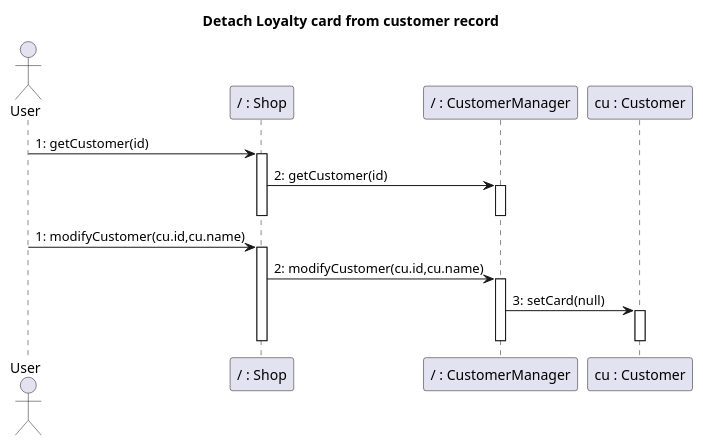
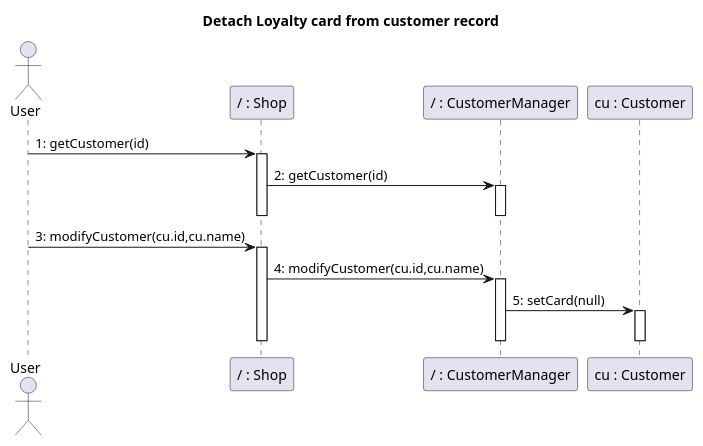
One commit to nicolabattaglino/ezshop changed diagram 16 of 30 in Deliverables/DesignDocument.md. Above: the diagram before and after it, drawn with PlantUML. The commit also changed other lines of this file, not shown here.

````diff
--- a/Deliverables/DesignDocument.md
+++ b/Deliverables/DesignDocument.md
@@ -867,28 +867,28 @@
 ```plantuml
 @startuml
 
 title Detach Loyalty card from customer record
 actor User
 participant "/ : Shop" as Shop
 participant "/ : CustomerManager" as CustomerManager
 participant "cu : Customer" as Customer
 
 User -> Shop: 1: getCustomer(id)
 activate Shop
 Shop -> CustomerManager: 2: getCustomer(id)
 activate CustomerManager
 deactivate CustomerManager
 deactivate Shop
 
-User -> Shop: 1: modifyCustomer(cu.id,cu.name)
+User -> Shop: 3: modifyCustomer(cu.id,cu.name)
 activate Shop
-Shop -> CustomerManager: 2: modifyCustomer(cu.id,cu.name)
+Shop -> CustomerManager: 4: modifyCustomer(cu.id,cu.name)
 activate CustomerManager
-CustomerManager -> Customer: 3: setCard(null)
+CustomerManager -> Customer: 5: setCard(null)
 activate Customer
 deactivate Customer
 deactivate CustomerManager
 deactivate Shop
 
 @enduml
 ```
````
